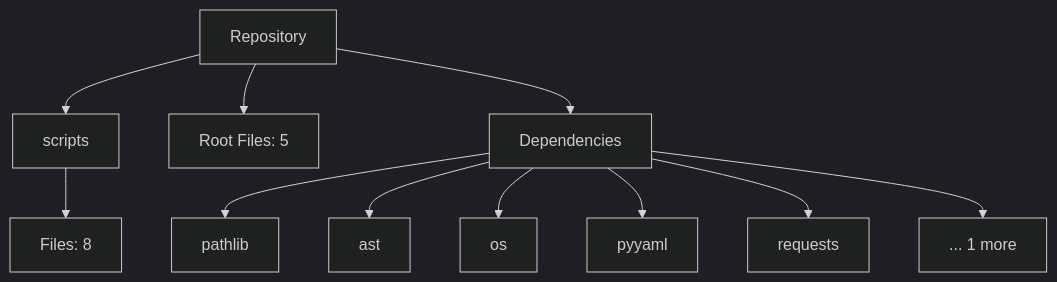
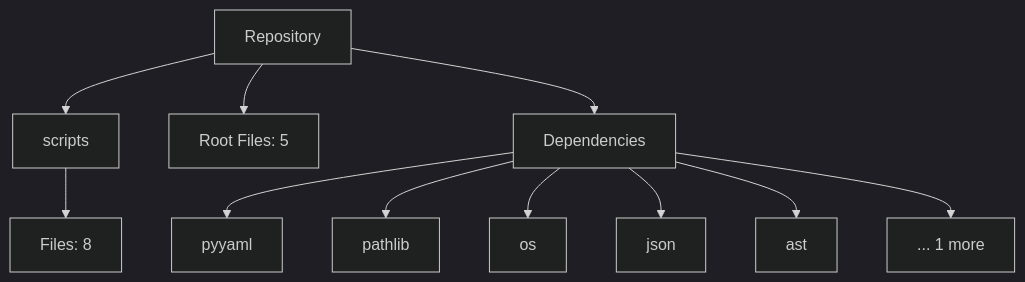
One commit to NITISH-R-G/Smart-Task-Tracker-macOS-Dark-Edition- changed the diagram in README.md. Above: the diagram before and after it, drawn with Mermaid (dark theme). The commit also changed 4 other files, not shown here.

Commit message:
docs(auto): Automatically update repository architecture and README

````diff
--- a/README.md
+++ b/README.md
@@ -17,15 +17,15 @@
 ```mermaid
 graph TD
     Root[Repository]
     Root --> scripts[scripts]
     scripts --> scripts_files[Files: 8]
     Root --> Root_files[Root Files: 5]
     Root --> Deps[Dependencies]
+    Deps --> pyyaml[pyyaml]
     Deps --> pathlib[pathlib]
+    Deps --> os[os]
+    Deps --> json[json]
     Deps --> ast[ast]
-    Deps --> os[os]
-    Deps --> pyyaml[pyyaml]
-    Deps --> requests[requests]
     Deps --> MoreDeps[... 1 more]
 
 ```
````
